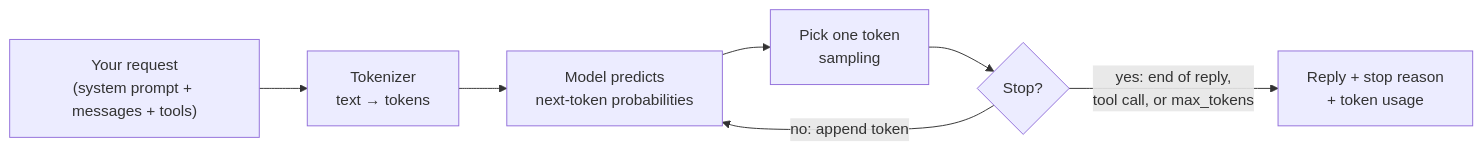
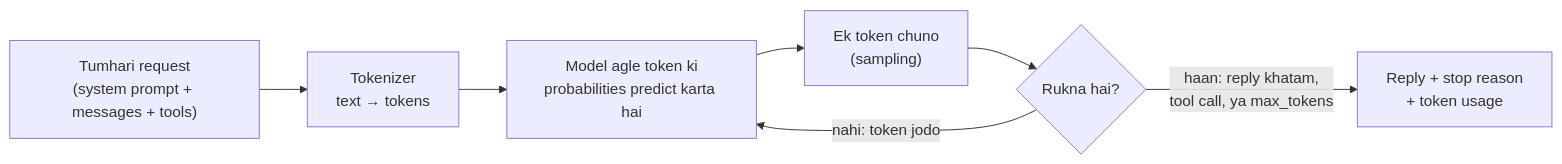
The diagram in docs/01-foundations/01.4-how-llms-work.md (asmustechno/agentic-ai-notes), drawn with Mermaid before and after one commit. The commit also changed other lines of this file and 135 other files, not shown here.

````diff
--- a/docs/01-foundations/01.4-how-llms-work.md
+++ b/docs/01-foundations/01.4-how-llms-work.md
@@ -41,9 +47,9 @@
 ```mermaid
 flowchart LR
-    P["Your request<br/>(system prompt + messages + tools)"] --> TK[Tokenizer<br/>text → tokens]
-    TK --> M[Model predicts<br/>next-token probabilities]
-    M --> S[Pick one token<br/>sampling]
-    S --> C{Stop?}
-    C -->|"no: append token"| M
-    C -->|"yes: end of reply,<br/>tool call, or max_tokens"| R[Reply + stop reason<br/>+ token usage]
+    P["Tumhari request<br/>(system prompt + messages + tools)"] --> TK["Tokenizer<br/>text → tokens"]
+    TK --> M["Model agle token ki<br/>probabilities predict karta hai"]
+    M --> S["Ek token chuno<br/>(sampling)"]
+    S --> C{"Rukna hai?"}
+    C -->|"nahi: token jodo"| M
+    C -->|"haan: reply khatam,<br/>tool call, ya max_tokens"| R["Reply + stop reason<br/>+ token usage"]
 ```
````
